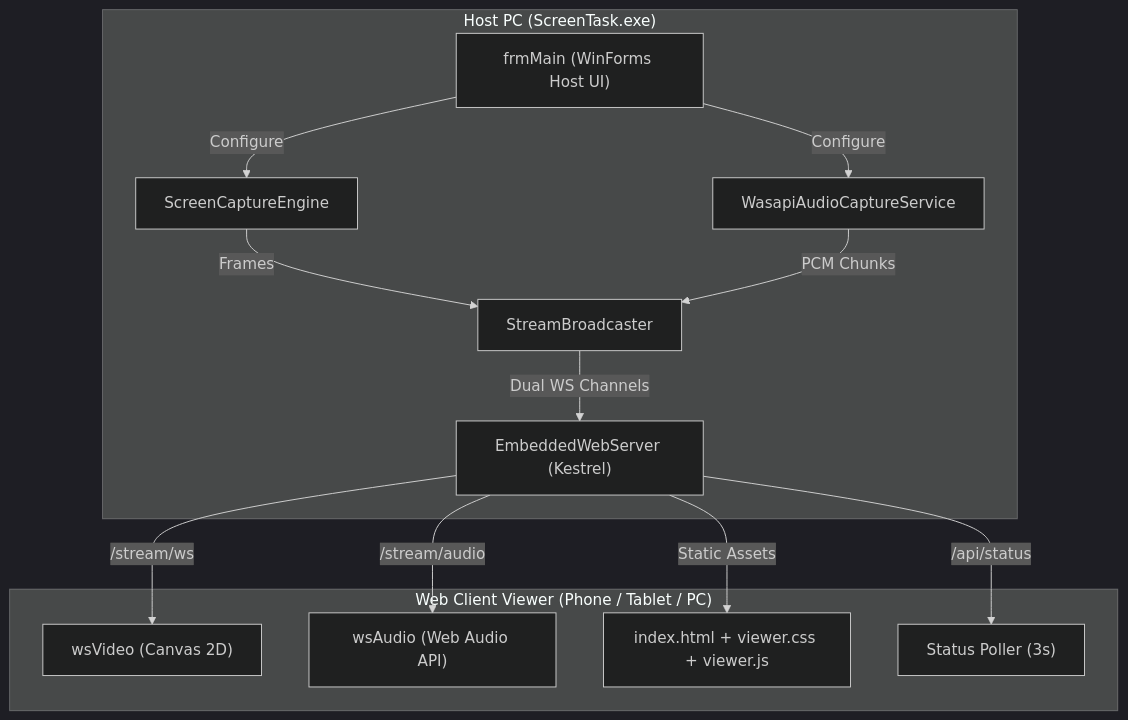
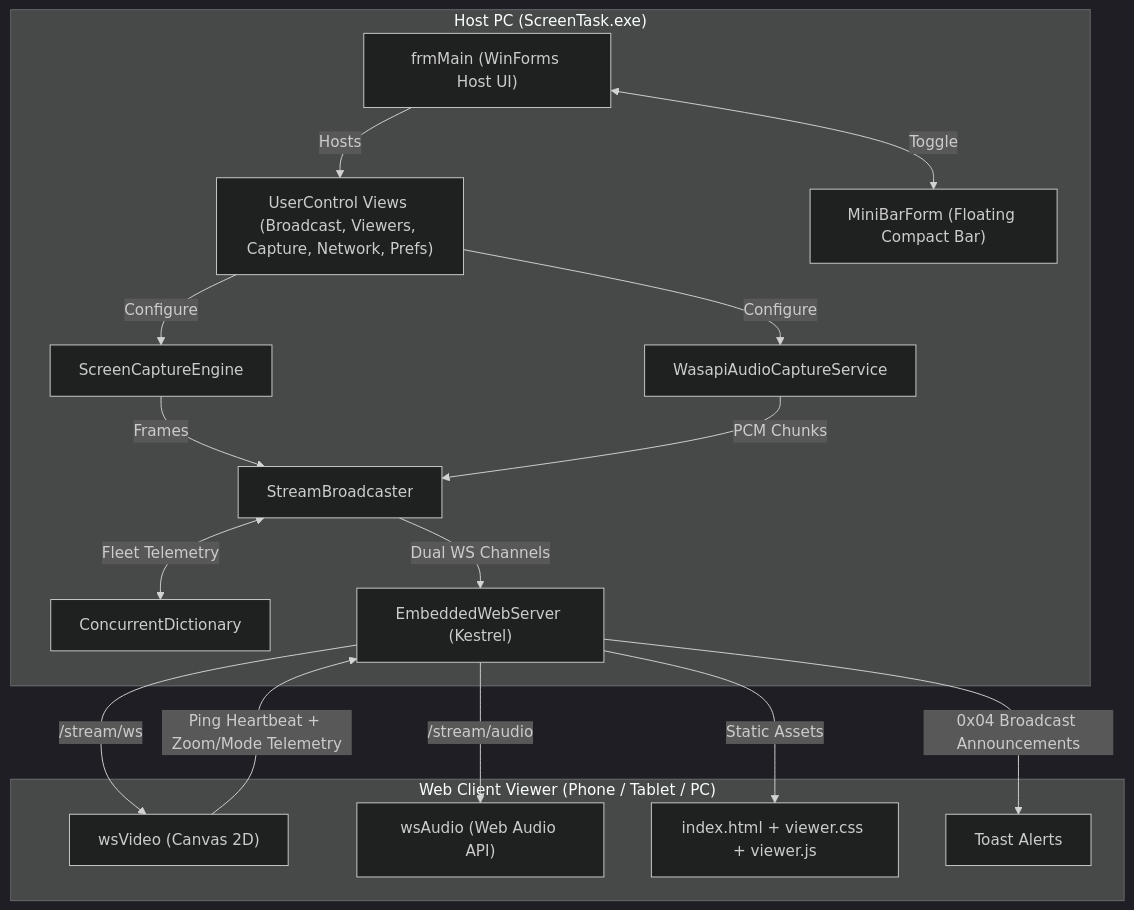
The diagram in AGENTS.md (EslaMx7/ScreenTask), drawn with Mermaid (dark theme) before and after one commit. The commit also changed other lines of this file and 20 other files, not shown here.

Commit message:
refactor(ui): extract standalone UserControl views and dedicated MiniBarForm for designer support

````diff
--- a/AGENTS.md
+++ b/AGENTS.md
@@ -108,17 +112,21 @@
 ```mermaid
 flowchart TD
     subgraph Host["Host PC (ScreenTask.exe)"]
-        UI["frmMain (WinForms Host UI)"] -->|Configure| ENGINE["ScreenCaptureEngine"]
-        UI -->|Configure| AUDIO["WasapiAudioCaptureService"]
+        UI["frmMain (WinForms Host UI)"] -->|Hosts| VIEWS["UserControl Views (Broadcast, Viewers, Capture, Network, Prefs)"]
+        UI <-->|Toggle| MINI["MiniBarForm (Floating Compact Bar)"]
+        VIEWS -->|Configure| ENGINE["ScreenCaptureEngine"]
+        VIEWS -->|Configure| AUDIO["WasapiAudioCaptureService"]
         ENGINE -->|Frames| BROADCASTER["StreamBroadcaster"]
         AUDIO -->|PCM Chunks| BROADCASTER
+        BROADCASTER <-->|Fleet Telemetry| SESS["ConcurrentDictionary<string, ViewerSession>"]
         BROADCASTER -->|Dual WS Channels| KESTREL["EmbeddedWebServer (Kestrel)"]
     end
 
     subgraph Browser["Web Client Viewer (Phone / Tablet / PC)"]
         KESTREL -->|/stream/ws| WS_VIDEO["wsVideo (Canvas 2D)"]
         KESTREL -->|/stream/audio| WS_AUDIO["wsAudio (Web Audio API)"]
         KESTREL -->|Static Assets| STATIC["index.html + viewer.css + viewer.js"]
-        KESTREL -->|/api/status| POLL["Status Poller (3s)"]
+        WS_VIDEO -->|Ping Heartbeat + Zoom/Mode Telemetry| KESTREL
+        KESTREL -->|0x04 Broadcast Announcements| TOAST["Toast Alerts"]
     end
 ```
````
